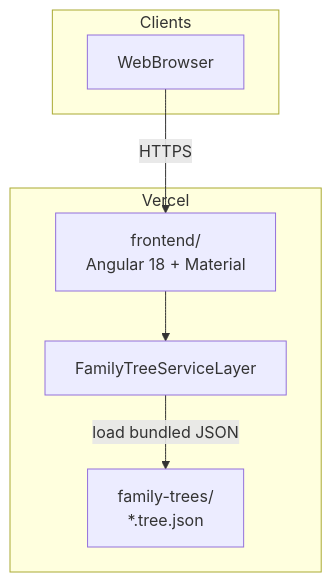
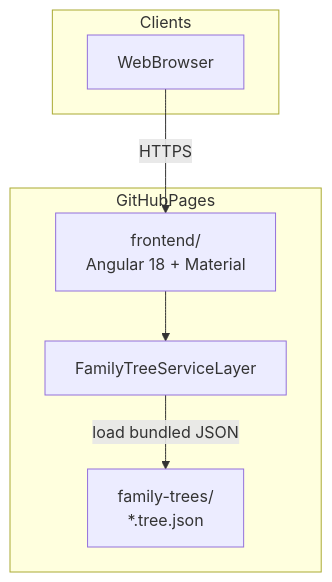
One commit to avoram/family-tree-app changed the second of 4 diagrams in knowledge/architecture/system-diagrams.md. Above: the diagram before and after it, drawn with Mermaid. The commit also changed other lines of this file and 17 other files, not shown here.

Commit message:
Using Github pages for deployment

````diff
--- a/knowledge/architecture/system-diagrams.md
+++ b/knowledge/architecture/system-diagrams.md
@@ -29,16 +29,16 @@
 ```mermaid
 flowchart TB
     subgraph clients [Clients]
         Browser[WebBrowser]
     end
 
-    subgraph vercel [Vercel]
+    subgraph githubPages [GitHubPages]
         Frontend["frontend/\nAngular 18 + Material"]
         Services[FamilyTreeServiceLayer]
         JsonAssets["family-trees/\n*.tree.json"]
     end
 
     Browser -->|"HTTPS"| Frontend
     Frontend --> Services
     Services -->|"load bundled JSON"| JsonAssets
 ```
````
